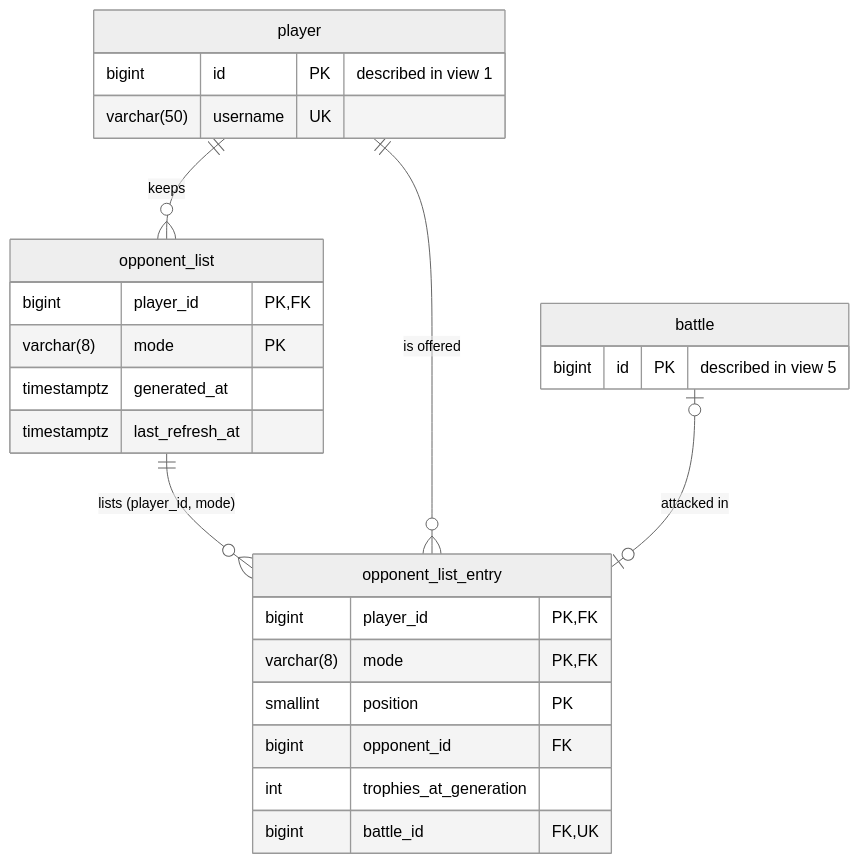
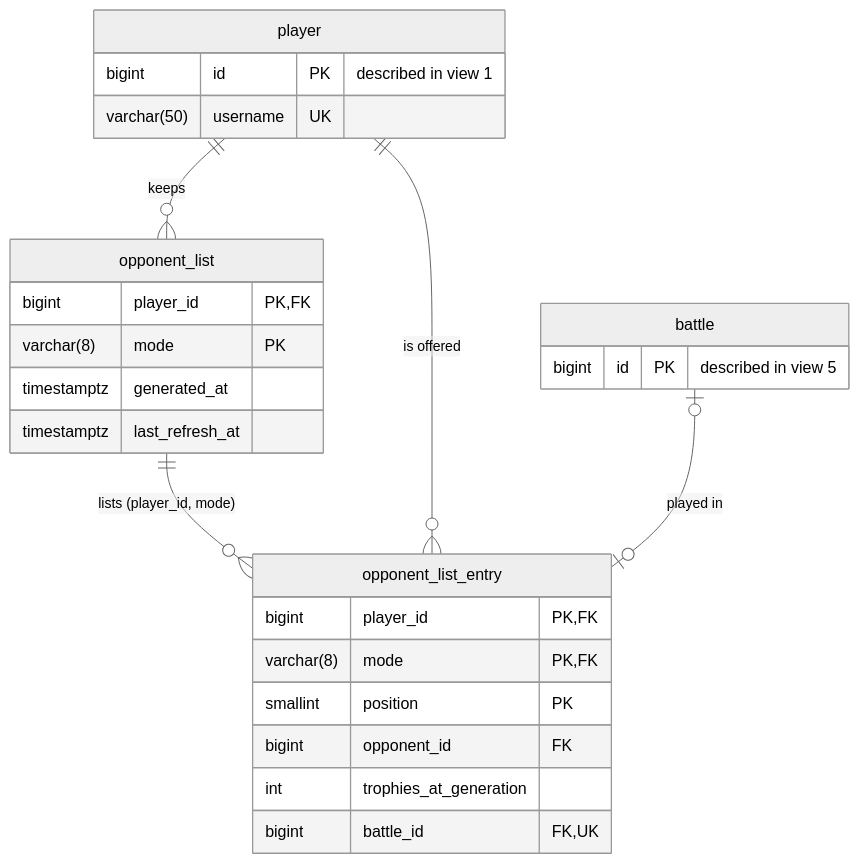
The sixth of 7 diagrams in docs/database/database-schema.md (horizon-glitch-studio/gruppo-08-will-of-the-void-backend), drawn with Mermaid (neutral theme) before and after one commit. The commit also changed other lines of this file and 2 other files, not shown here.

````diff
--- a/docs/database/database-schema.md
+++ b/docs/database/database-schema.md
@@ -449,28 +458,28 @@
 ```mermaid
 erDiagram
     player ||--o{ opponent_list : "keeps"
     opponent_list ||--o{ opponent_list_entry : "lists (player_id, mode)"
     player ||--o{ opponent_list_entry : "is offered"
-    battle |o--o| opponent_list_entry : "attacked in"
+    battle |o--o| opponent_list_entry : "played in"
     opponent_list {
         bigint player_id PK, FK
         varchar(8) mode PK
         timestamptz generated_at
         timestamptz last_refresh_at
     }
     opponent_list_entry {
         bigint player_id PK, FK
         varchar(8) mode PK, FK
         smallint position PK
         bigint opponent_id FK
         int trophies_at_generation
         bigint battle_id FK, UK
     }
     player {
         bigint id PK "described in view 1"
         varchar(50) username UK
     }
     battle {
         bigint id PK "described in view 5"
     }
 ```
````
